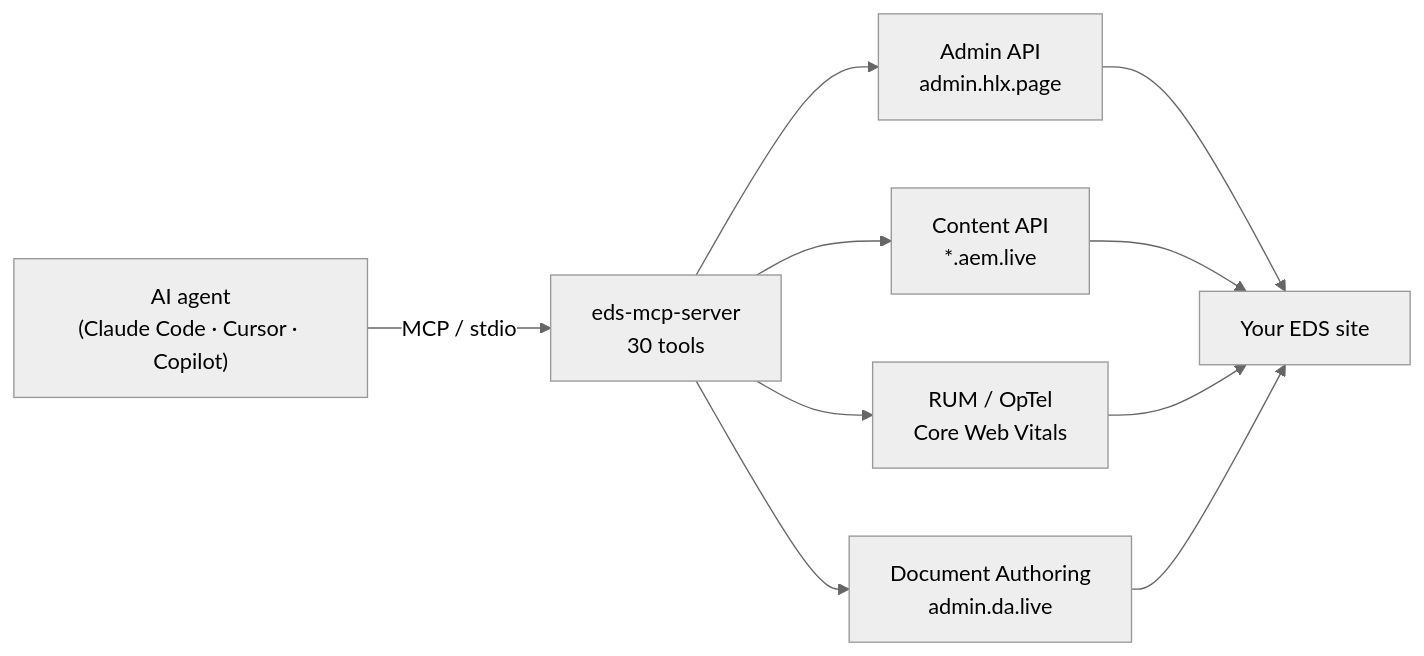
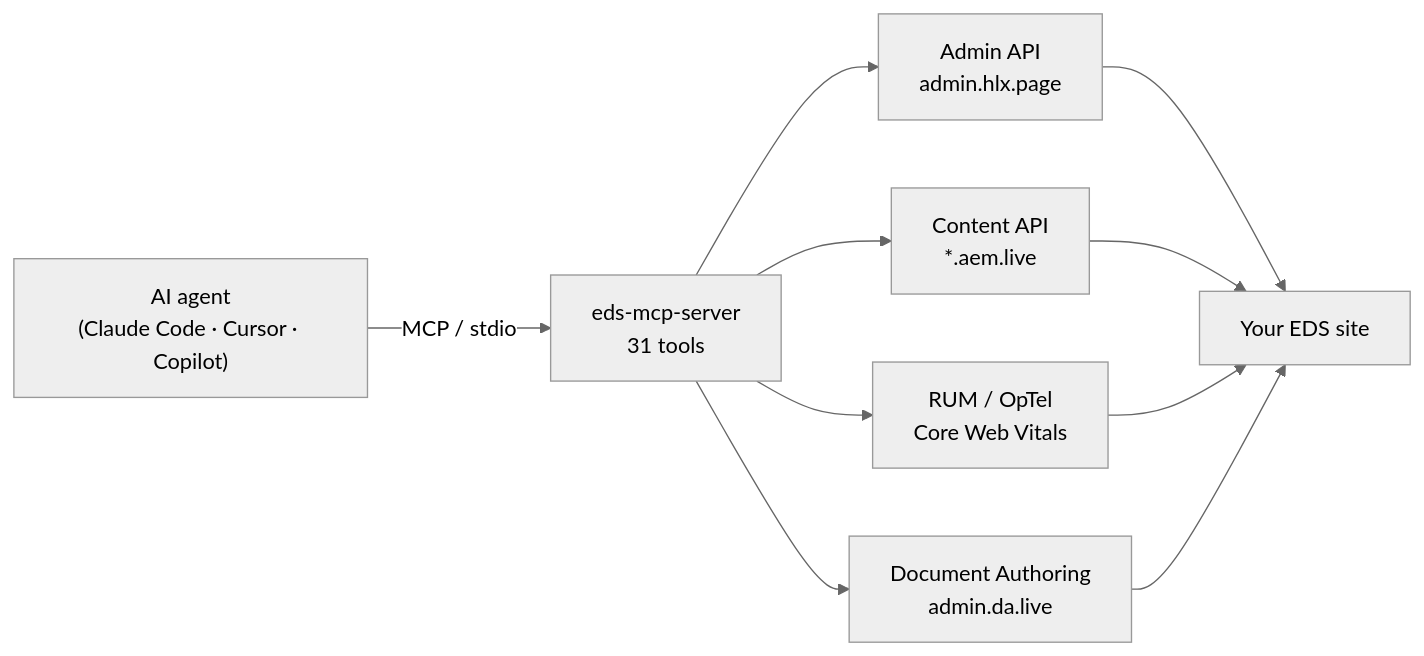
Before and after one commit to Focus-GTS/eds-mcp-server: the first of 2 diagrams in README.md, drawn with Mermaid (neutral theme). The commit also changed other lines of this file and 9 other files, not shown here.

````diff
--- a/README.md
+++ b/README.md
@@ -41,12 +41,12 @@
 ```mermaid
 flowchart LR
-  A["AI agent<br/>(Claude Code · Cursor · Copilot)"] -- MCP / stdio --> B["eds-mcp-server<br/>30 tools"]
+  A["AI agent<br/>(Claude Code · Cursor · Copilot)"] -- MCP / stdio --> B["eds-mcp-server<br/>31 tools"]
   B --> C["Admin API<br/>admin.hlx.page"]
   B --> D["Content API<br/>*.aem.live"]
   B --> E["RUM / OpTel<br/>Core Web Vitals"]
   B --> G["Document Authoring<br/>admin.da.live"]
   C --> F["Your EDS site"]
   D --> F
   E --> F
   G --> F
 ```
````
